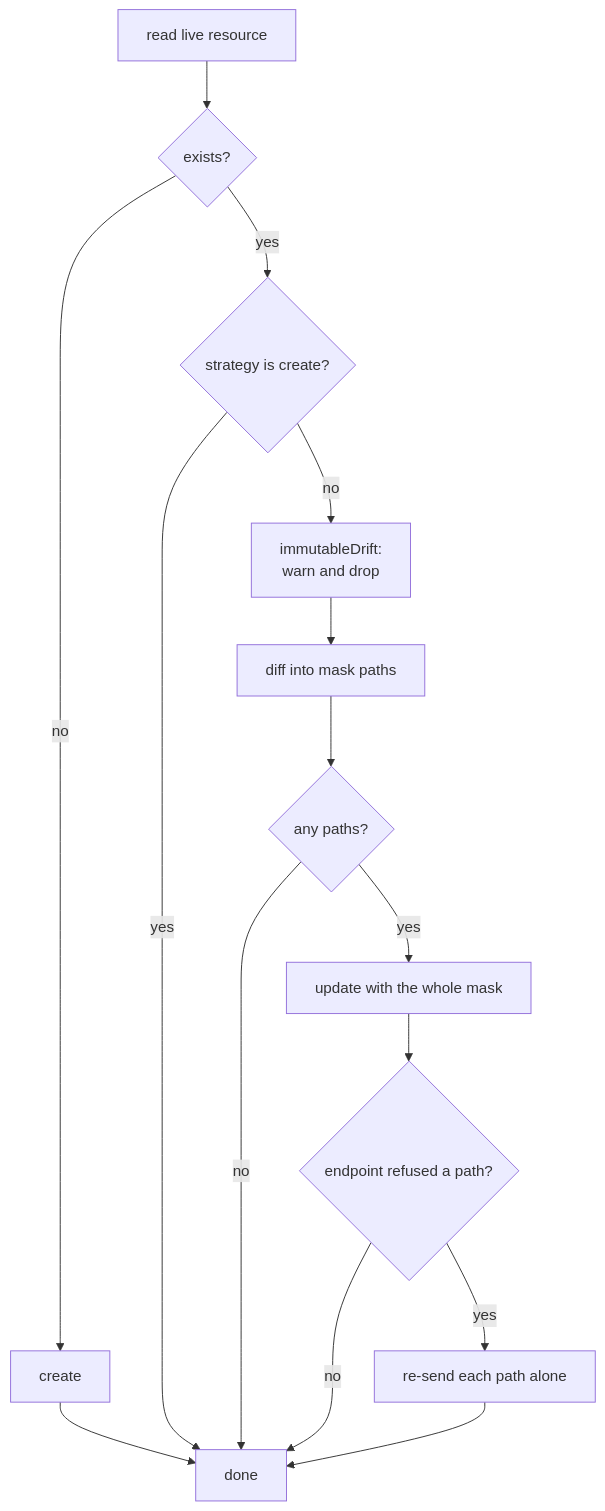
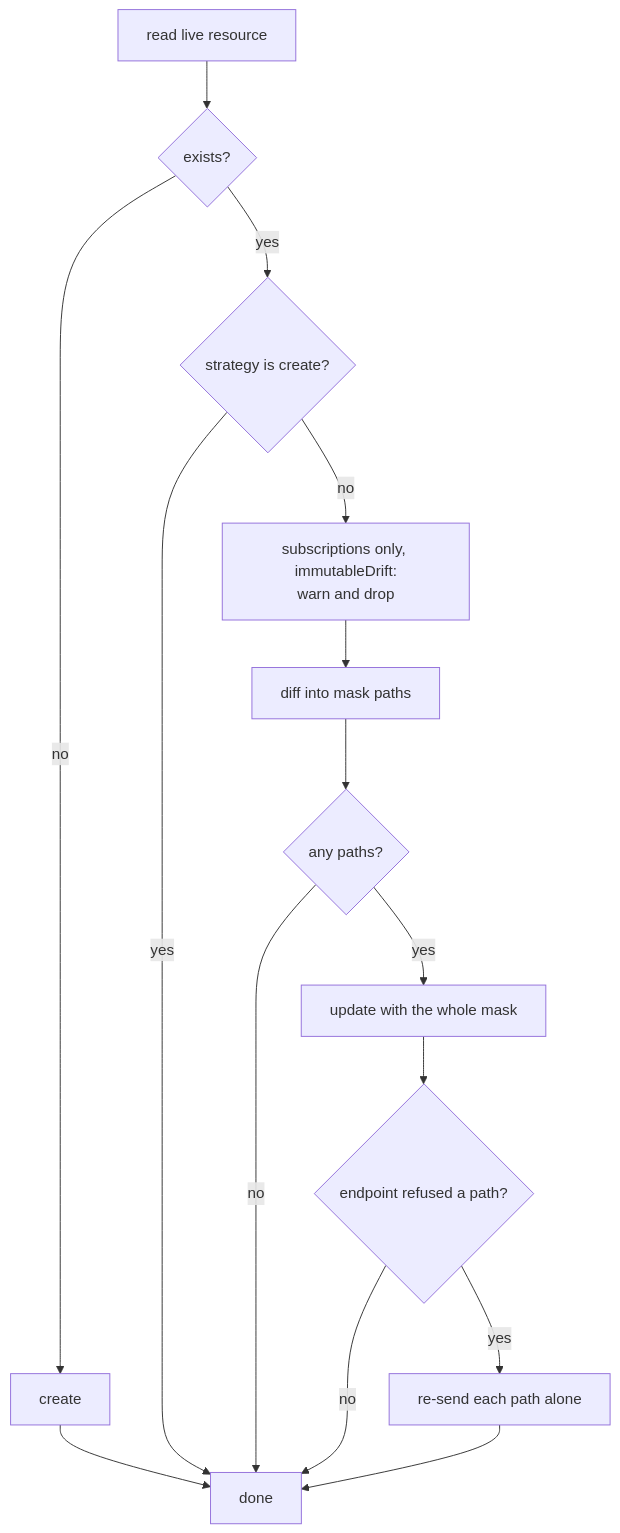
The seventh of 7 diagrams in docs/ARCHITECTURE.md (datarocks-ag/gcp-emulator-provisioner), drawn with Mermaid before and after one commit. The commit also changed other lines of this file, not shown here.

First line of the commit message:
Correct the credentials ordering and drift flow in the architecture doc

````diff
--- a/docs/ARCHITECTURE.md
+++ b/docs/ARCHITECTURE.md
@@ -160,17 +163,17 @@
 ```mermaid
 flowchart TD
     A["read live resource"] --> B{"exists?"}
     B -->|"no"| C["create"]
     C --> Z["done"]
     B -->|"yes"| D{"strategy is create?"}
     D -->|"yes"| Z
-    D -->|"no"| E["immutableDrift:<br/>warn and drop"]
+    D -->|"no"| E["subscriptions only, immutableDrift:<br/>warn and drop"]
     E --> F["diff into mask paths"]
     F --> G{"any paths?"}
     G -->|"no"| Z
     G -->|"yes"| H["update with the whole mask"]
     H --> I{"endpoint refused a path?"}
     I -->|"no"| Z
     I -->|"yes"| J["re-send each path alone"]
     J --> Z
 ```
````
